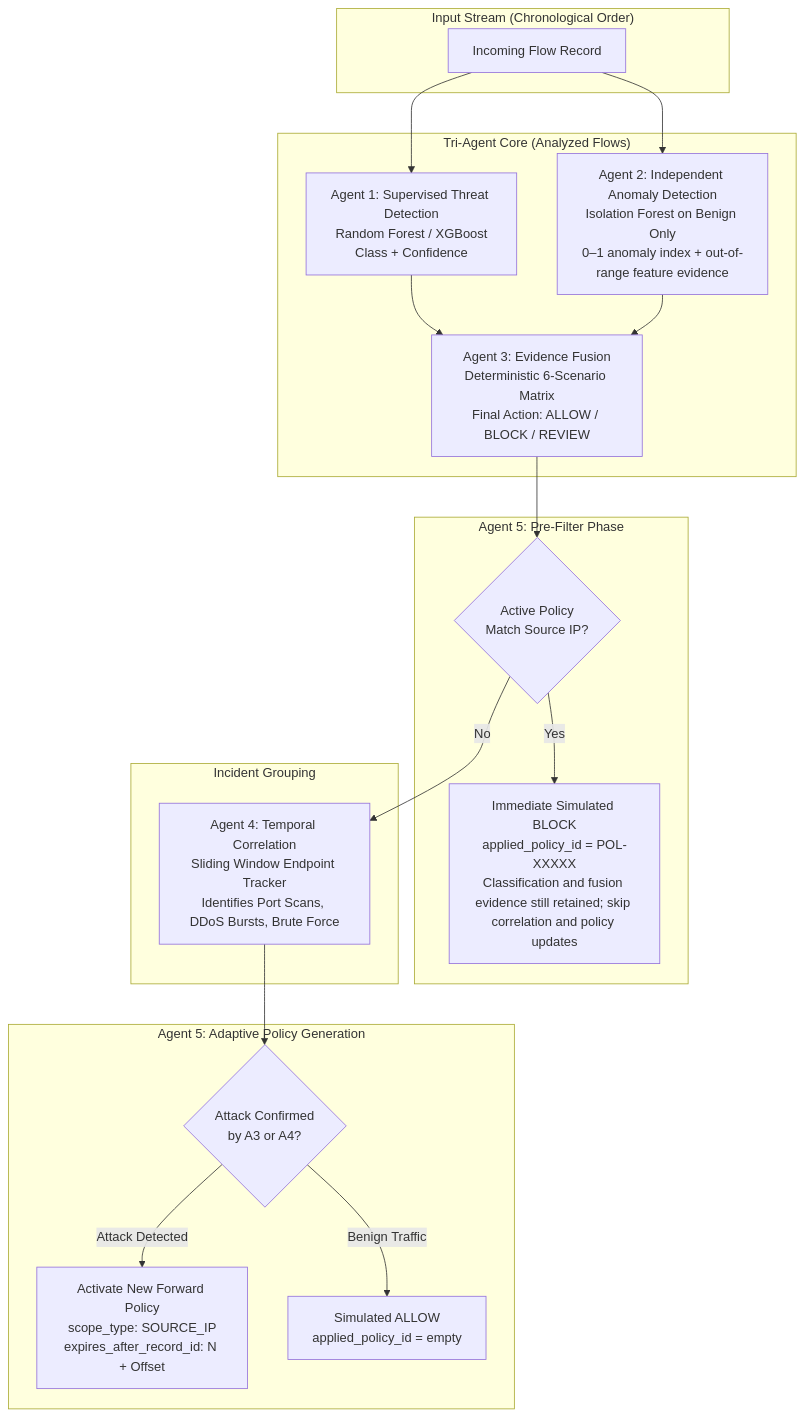
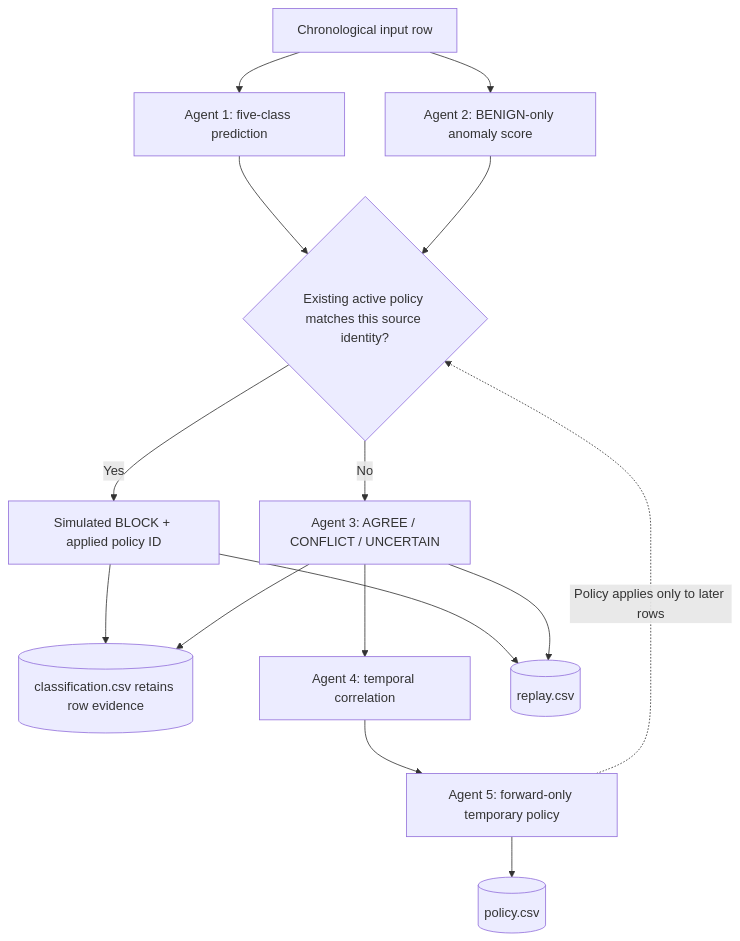
One commit to Aarush-JIIT-2030/jai changed the diagram in docs/level2-brief.md. Above: the diagram before and after it, drawn with Mermaid.

Commit message:
docs: align architecture with implemented agent contracts

````diff
--- a/docs/level2-brief.md
+++ b/docs/level2-brief.md
@@ -7,36 +7,17 @@
 ```mermaid
 flowchart TD
-    subgraph Ingestion["Input Stream (Chronological Order)"]
-        F[Incoming Flow Record]
-    end
-
-    subgraph A5_Pre["Agent 5: Pre-Filter Phase"]
-        PF{Active Policy<br/>Match Source IP?}
-        BLK[Immediate Simulated BLOCK<br/>applied_policy_id = POL-XXXXX<br/>Classification and fusion evidence still retained; skip correlation and policy updates]
-    end
-
-    subgraph Detection["Tri-Agent Core (Analyzed Flows)"]
-        A1[Agent 1: Supervised Threat Detection<br/>Random Forest / XGBoost<br/>Class + Confidence]
-        A2[Agent 2: Independent Anomaly Detection<br/>Isolation Forest on Benign Only<br/>0–1 anomaly index + out-of-range feature evidence]
-        A3[Agent 3: Evidence Fusion<br/>Deterministic 6-Scenario Matrix<br/>Final Action: ALLOW / BLOCK / REVIEW]
-    end
-
-    subgraph Correlation["Incident Grouping"]
-        A4[Agent 4: Temporal Correlation<br/>Sliding Window Endpoint Tracker<br/>Identifies Port Scans, DDoS Bursts, Brute Force]
-    end
-
-    subgraph A5_Post["Agent 5: Adaptive Policy Generation"]
-        PG{Attack Confirmed<br/>by A3 or A4?}
-        POL[Activate New Forward Policy<br/>scope_type: SOURCE_IP<br/>expires_after_record_id: N + Offset]
-        ALW[Simulated ALLOW<br/>applied_policy_id = empty]
-    end
-
-    F --> A1 & A2
-    A1 & A2 --> A3
-    A3 --> PF
-    PF -- Yes --> BLK
-    PF -- No --> A4
-    A4 --> PG
-    PG -- Attack Detected --> POL
-    PG -- Benign Traffic --> ALW
+    F[Chronological input row] --> A1[Agent 1: five-class prediction]
+    F --> A2[Agent 2: BENIGN-only anomaly score]
+    A1 --> PF{Existing active policy matches this source identity?}
+    A2 --> PF
+    PF -->|Yes| BLK[Simulated BLOCK + applied policy ID]
+    PF -->|No| A3[Agent 3: AGREE / CONFLICT / UNCERTAIN]
+    BLK --> CLASS[(classification.csv retains row evidence)]
+    A3 --> CLASS
+    A3 --> A4[Agent 4: temporal correlation]
+    A4 --> A5[Agent 5: forward-only temporary policy]
+    A5 --> POLICY[(policy.csv)]
+    BLK --> REPLAY[(replay.csv)]
+    A3 --> REPLAY
+    A5 -.->|Policy applies only to later rows| PF
 ```
````
